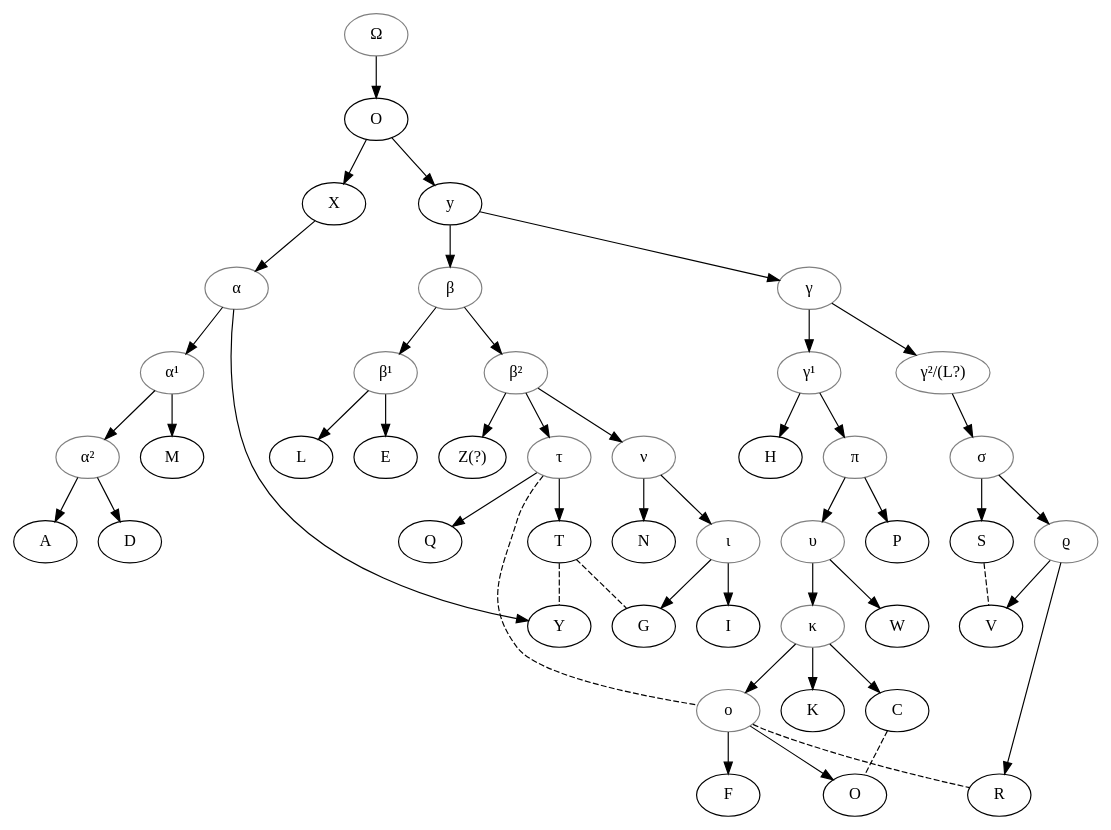
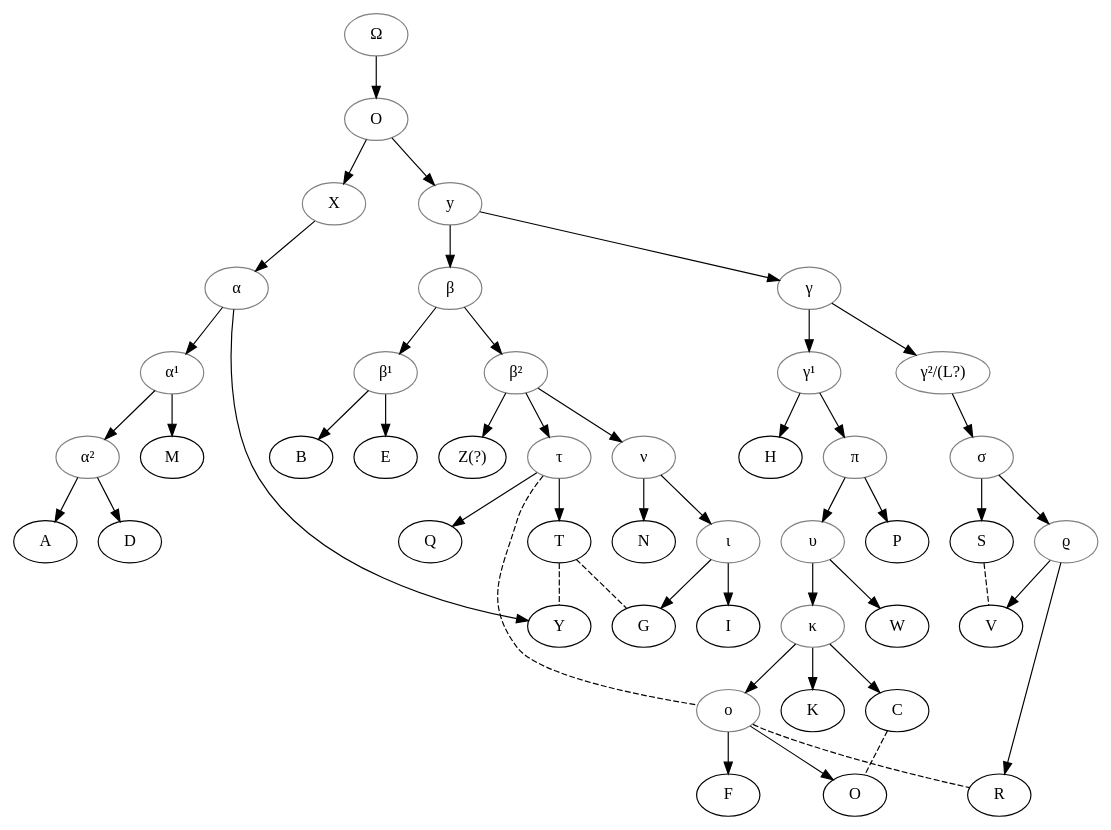
One commit to OpenStemmata/database changed the diagram in Isopet/graph.gv. Above: the diagram before and after it, drawn with Graphviz.

Commit message:
Update graph.gv
Corrected L for B
Added "grey" for X and y
Changed superscript for prime, second, etc

```diff
--- a/Isopet/graph.gv
+++ b/Isopet/graph.gv
@@ -1,84 +1,87 @@
 # Place the cursor inside "graph" to get some refactoring options
 
 digraph {
     # Greek letters/hypothetical links
     omega[color="grey", label="Ω"]
+    O[color="grey"]
+    X[color="grey"]
+    y[color="grey"]
     alpha[color="grey", label="α"]
-    alpha¹[color="grey", label="α¹"]
-    alpha²[color="grey", label="α²"]
+    alphaprime[color="grey", label="α¹"]
+    alphasecond[color="grey", label="α²"]
     beta[color="grey", label="β"]
-    beta¹[color="grey", label="β¹"]
-    beta²[color="grey", label="β²"]
+    betaprime[color="grey", label="β¹"]
+    betasecond[color="grey", label="β²"]
     gamma[color="grey", label="γ"]
-    gamma¹[color="grey", label="γ¹"]
-    gamma²[color="grey", label="γ²/(L?)"]
+    gammaprime[color="grey", label="γ¹"]
+    gammasecond[color="grey", label="γ²/(L?)"]
     nu[color="grey", label="ν"]
     iota[color="grey", label="ι"]
     tau[color="grey", label="τ"]
     pi[color="grey", label="π"]
     upsilon[color="grey", label="υ"]
     kappa[color="grey", label="κ"]
     omicron[color="grey", label="ο"]
     sigma[color="grey", label="σ"]
     rho[color="grey", label="ϱ"]
 
     #
     Z[label="Z(?)"]
 
     # twice the same label in Warnke's stemma, so we use Obis
     Obis[label="O"]
 
     omega -> O;
     O -> X;
     O -> y;
     X -> alpha;
     alpha -> Y;
-    alpha -> alpha¹;
-    alpha¹ -> M;
-    alpha¹ -> alpha²;
-    alpha² -> A;
-    alpha² -> D;
+    alpha -> alphaprime;
+    alphaprime -> M;
+    alphaprime -> alphasecond;
+    alphasecond -> A;
+    alphasecond -> D;
 
     y -> beta;
     y -> gamma;
-    beta -> beta¹;
-    beta -> beta²;
-    beta¹ -> E;
-    beta¹ -> L;
-    beta² -> nu;
+    beta -> betaprime;
+    beta -> betasecond;
+    betaprime -> E;
+    betaprime -> B;
+    betasecond -> nu;
     nu -> N;
     nu -> iota;
     iota -> I;
     iota -> G;
-    beta² -> Z;
-    beta² -> tau;
+    betasecond -> Z;
+    betasecond -> tau;
     tau -> omicron [dir=none, style="dashed"];
     tau-> T;
     tau -> Q;
     T -> G [dir=none, style="dashed"];
     T -> Y [dir=none, style="dashed"];
 
-    gamma -> gamma¹;
-    gamma -> gamma²;
-    gamma¹ -> H;
-    gamma¹ -> pi;
+    gamma -> gammaprime;
+    gamma -> gammasecond;
+    gammaprime -> H;
+    gammaprime -> pi;
     pi -> P;
     pi -> upsilon;
     upsilon ->W;
     upsilon -> kappa;
     kappa -> K;
     kappa -> C;
     C -> Obis[dir=none, style="dashed"];
     kappa -> omicron;
     omicron -> R [dir=none, style="dashed"];
 
     omicron -> Obis;
     omicron -> F;
 
-    gamma² -> sigma;
+    gammasecond -> sigma;
     sigma -> S;
     S -> V [dir=none, style="dashed"];
     sigma -> rho;
     rho -> R;
     rho -> V;
 }
```
